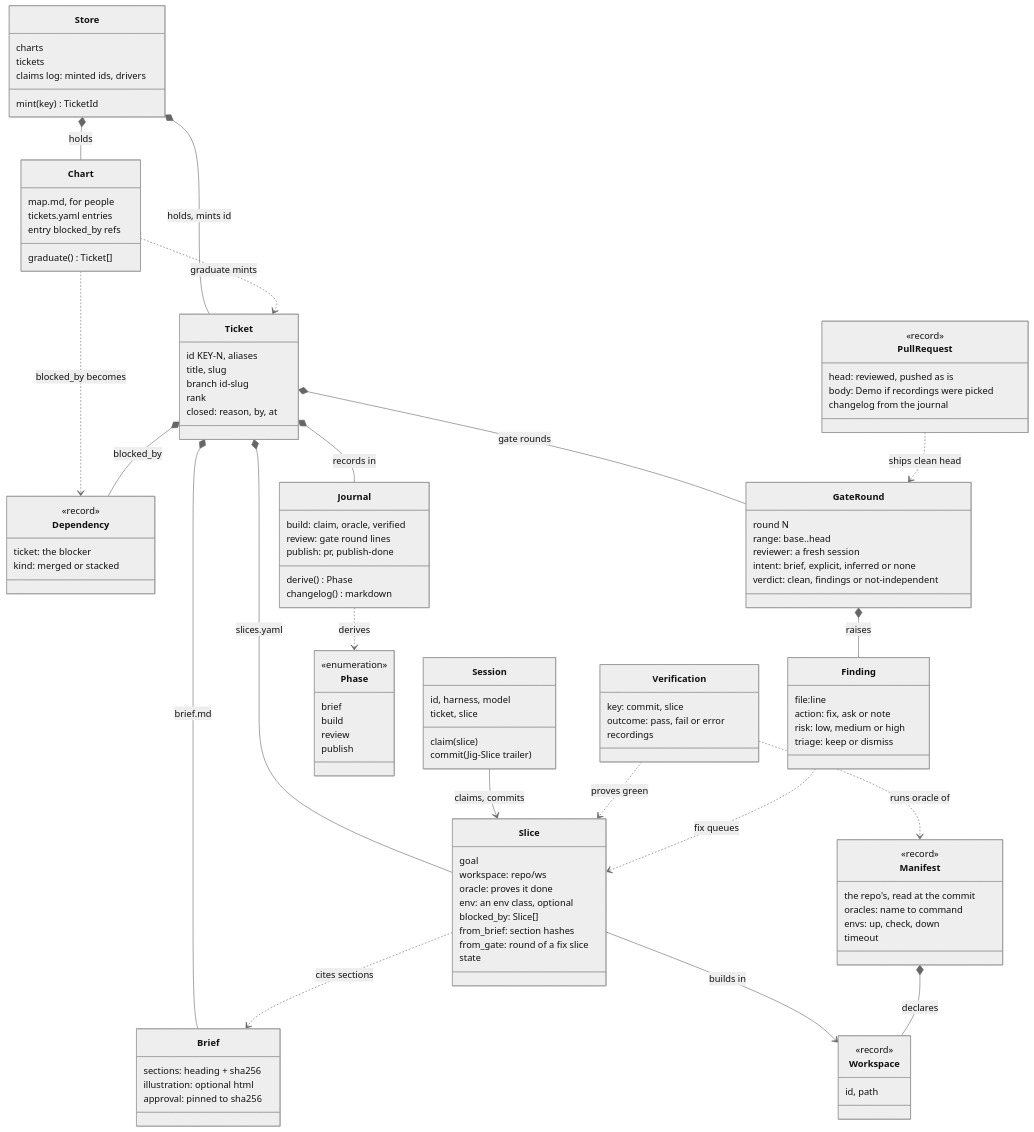
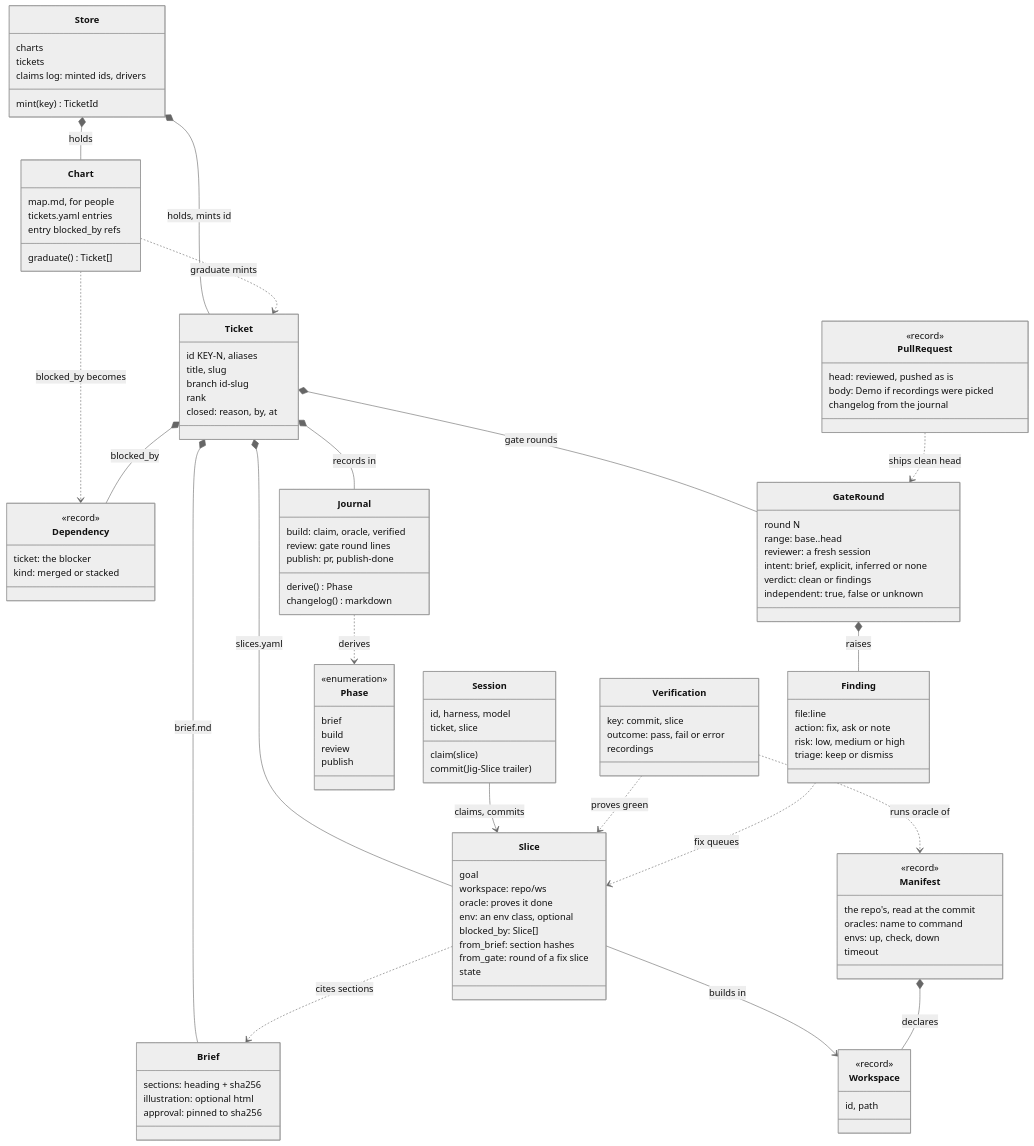
One commit to develdeco/jig changed the second of 5 diagrams in docs/diagrams.md. Above: the diagram before and after it, drawn with Mermaid (neutral theme). The commit also changed 27 other files, not shown here.

```diff
--- a/docs/diagrams.md
+++ b/docs/diagrams.md
@@ -144,7 +144,8 @@
     range: base..head
     reviewer: a fresh session
     intent: brief, explicit, inferred or none
-    verdict: clean, findings or not-independent
+    verdict: clean or findings
+    independent: true, false or unknown
   }
   class Finding {
     file:line
```
